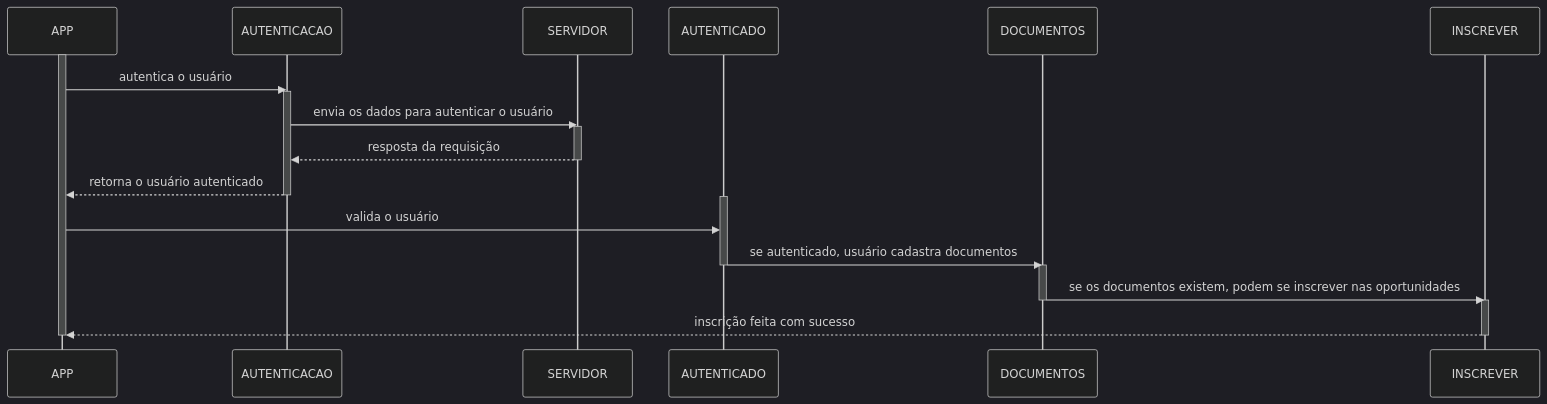
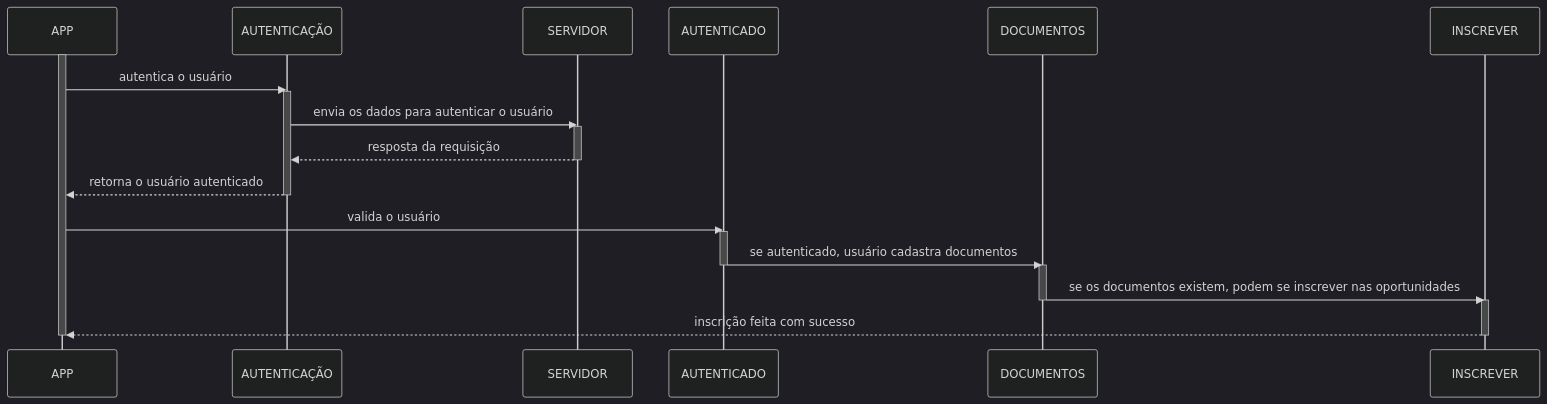
The diagram in docs/sprint_4.md (userhv/dcc-app), drawn with Mermaid (dark theme) before and after one commit.

Commit message:
Update doc 2

````diff
--- a/docs/sprint_4.md
+++ b/docs/sprint_4.md
@@ -13,23 +13,23 @@
 ```mermaid
     sequenceDiagram
     activate APP
-    APP->>AUTENTICACAO: autentica o usuário
-    activate AUTENTICACAO
-    AUTENTICACAO->>SERVIDOR: envia os dados para autenticar o usuário
+    APP->>AUTENTICAÇÃO: autentica o usuário
+    activate AUTENTICAÇÃO
+    AUTENTICAÇÃO->>SERVIDOR: envia os dados para autenticar o usuário
     activate SERVIDOR
-    SERVIDOR-->>AUTENTICACAO: resposta da requisição
+    SERVIDOR-->>AUTENTICAÇÃO: resposta da requisição
     deactivate SERVIDOR
-    AUTENTICACAO-->>APP: retorna o usuário autenticado
-    deactivate AUTENTICACAO
+    AUTENTICAÇÃO-->>APP: retorna o usuário autenticado
+    deactivate AUTENTICAÇÃO
+    APP->>AUTENTICADO: valida o usuário
     activate AUTENTICADO
-    APP->>AUTENTICADO: valida o usuário
     AUTENTICADO->>DOCUMENTOS: se autenticado, usuário cadastra documentos
     activate DOCUMENTOS
     deactivate AUTENTICADO
     DOCUMENTOS->>INSCREVER: se os documentos existem, podem se inscrever nas oportunidades
     activate INSCREVER
     deactivate DOCUMENTOS
     INSCREVER-->>APP: inscrição feita com sucesso
     deactivate INSCREVER
 	deactivate APP
 ```
````
